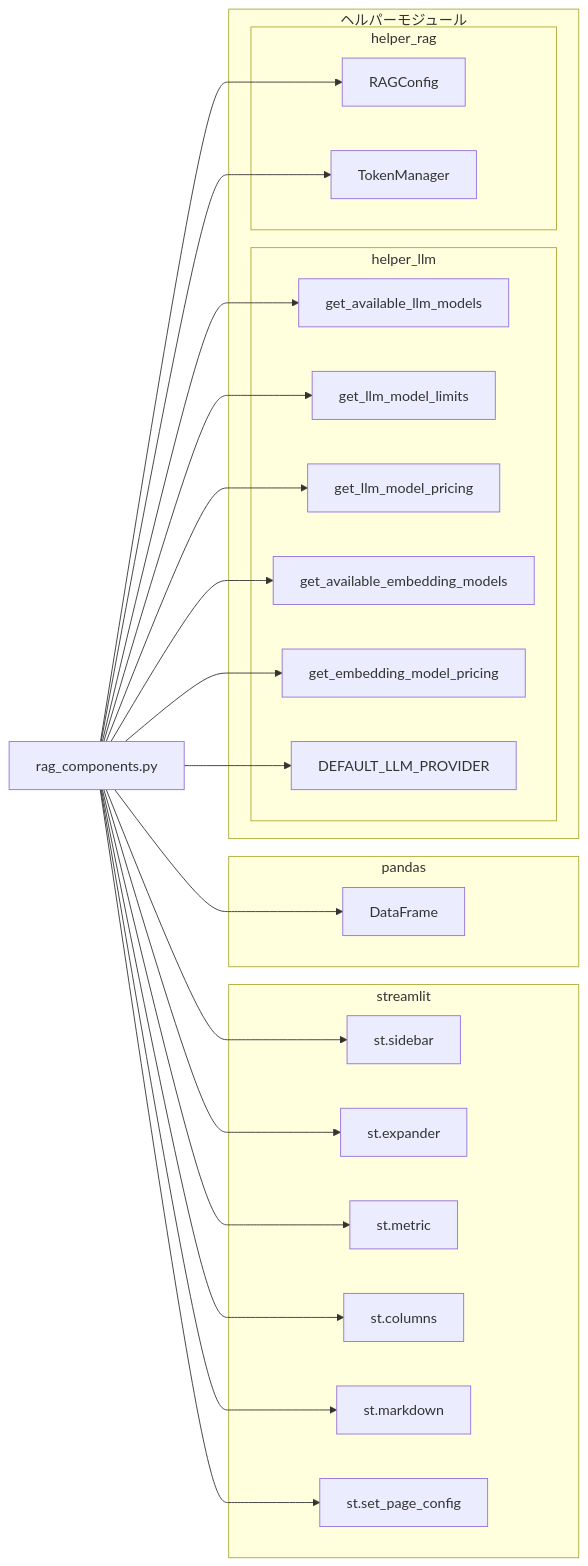
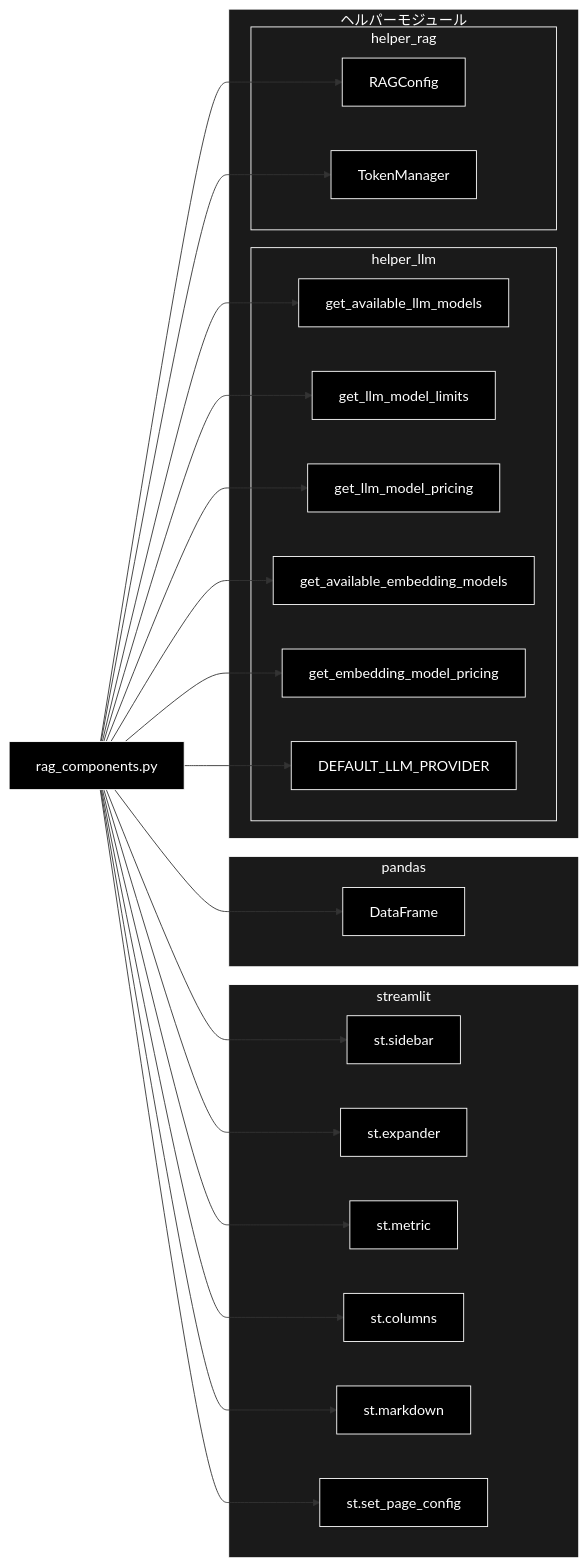
Before and after one commit to nakashima2toshio/ollama_grace_agent_v2: the third of 4 diagrams in ui/doc/rag_components.md, drawn with Mermaid. The commit also changed other lines of this file and 10 other files, not shown here.

````diff
--- a/ui/doc/rag_components.md
+++ b/ui/doc/rag_components.md
@@ -612,48 +626,56 @@
 ```mermaid
 flowchart LR
     RAG_COMP[rag_components.py]
 
     subgraph STREAMLIT["streamlit"]
         ST_SIDEBAR[st.sidebar]
         ST_EXPANDER[st.expander]
         ST_METRIC[st.metric]
         ST_COLUMNS[st.columns]
         ST_MARKDOWN[st.markdown]
         ST_CONFIG[st.set_page_config]
     end
 
     subgraph PANDAS["pandas"]
         DF[DataFrame]
     end
 
     subgraph HELPER["ヘルパーモジュール"]
         subgraph LLM["helper_llm"]
             GET_MODELS[get_available_llm_models]
             GET_LIMITS[get_llm_model_limits]
             GET_PRICING[get_llm_model_pricing]
             GET_EMB_MODELS[get_available_embedding_models]
             GET_EMB_PRICING[get_embedding_model_pricing]
             DEFAULT_PROV[DEFAULT_LLM_PROVIDER]
         end
         subgraph RAG["helper_rag"]
             RAG_CONFIG[RAGConfig]
             TOKEN_MGR[TokenManager]
         end
     end
 
     RAG_COMP --> ST_SIDEBAR
     RAG_COMP --> ST_EXPANDER
     RAG_COMP --> ST_METRIC
     RAG_COMP --> ST_COLUMNS
     RAG_COMP --> ST_MARKDOWN
     RAG_COMP --> ST_CONFIG
     RAG_COMP --> DF
     RAG_COMP --> GET_MODELS
     RAG_COMP --> GET_LIMITS
     RAG_COMP --> GET_PRICING
     RAG_COMP --> GET_EMB_MODELS
     RAG_COMP --> GET_EMB_PRICING
     RAG_COMP --> DEFAULT_PROV
     RAG_COMP --> RAG_CONFIG
     RAG_COMP --> TOKEN_MGR
+classDef default fill:#000,stroke:#fff,color:#fff
+classDef subgraphStyle fill:#1a1a1a,stroke:#fff,color:#fff
+class RAG_COMP,ST_SIDEBAR,ST_EXPANDER,ST_METRIC,ST_COLUMNS,ST_MARKDOWN,ST_CONFIG,DF,GET_MODELS,GET_LIMITS,GET_PRICING,GET_EMB_MODELS,GET_EMB_PRICING,DEFAULT_PROV,RAG_CONFIG,TOKEN_MGR default
+style STREAMLIT fill:#1a1a1a,stroke:#fff,color:#fff
+style PANDAS fill:#1a1a1a,stroke:#fff,color:#fff
+style HELPER fill:#1a1a1a,stroke:#fff,color:#fff
+style LLM fill:#1a1a1a,stroke:#fff,color:#fff
+style RAG fill:#1a1a1a,stroke:#fff,color:#fff
 ```
````
